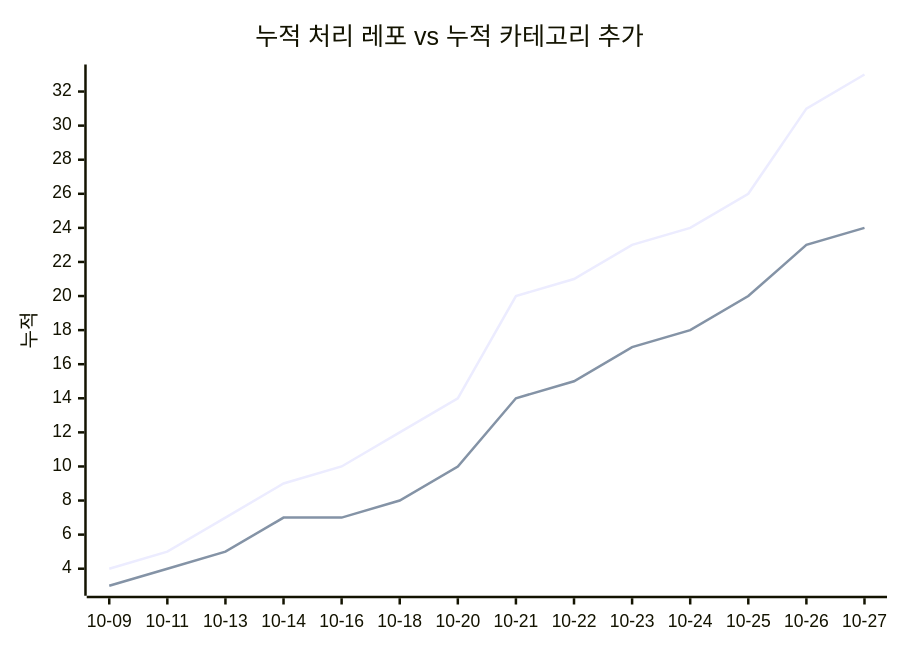
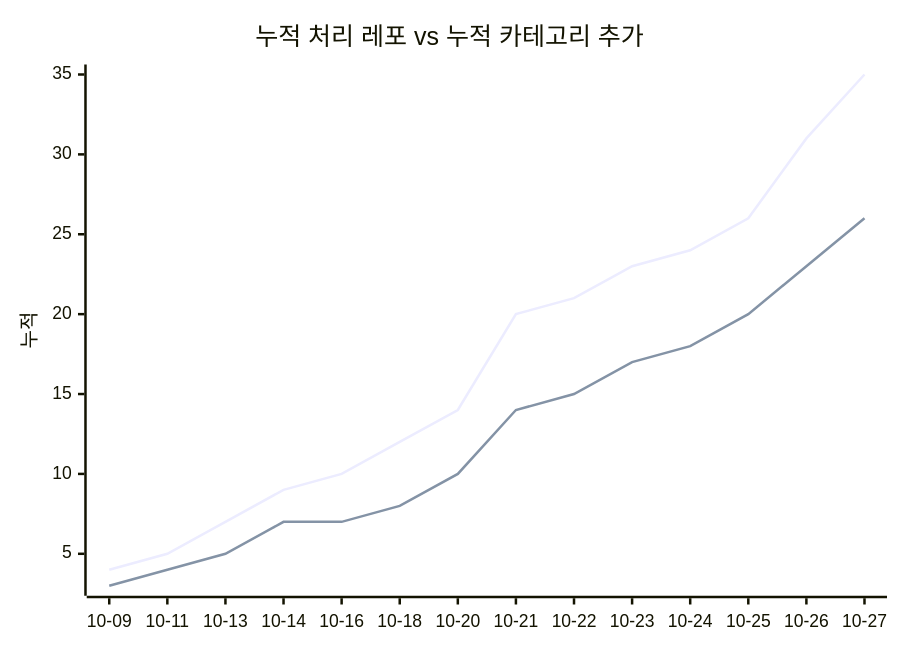
Before and after one commit to J-nowcow/awesome-korean-agent-skills: the second of 2 diagrams in docs/trends.md, drawn with Mermaid. The commit also changed other lines of this file and 5 other files, not shown here.

````diff
--- a/docs/trends.md
+++ b/docs/trends.md
@@ -68,8 +68,8 @@
 ```mermaid
 xychart-beta
     title "누적 처리 레포 vs 누적 카테고리 추가"
     x-axis ["10-09","10-11","10-13","10-14","10-16","10-18","10-20","10-21","10-22","10-23","10-24","10-25","10-26","10-27"]
     y-axis "누적"
-    line [4,5,7,9,10,12,14,20,21,23,24,26,31,33]
-    line [3,4,5,7,7,8,10,14,15,17,18,20,23,24]
+    line [4,5,7,9,10,12,14,20,21,23,24,26,31,35]
+    line [3,4,5,7,7,8,10,14,15,17,18,20,23,26]
 ```
````
